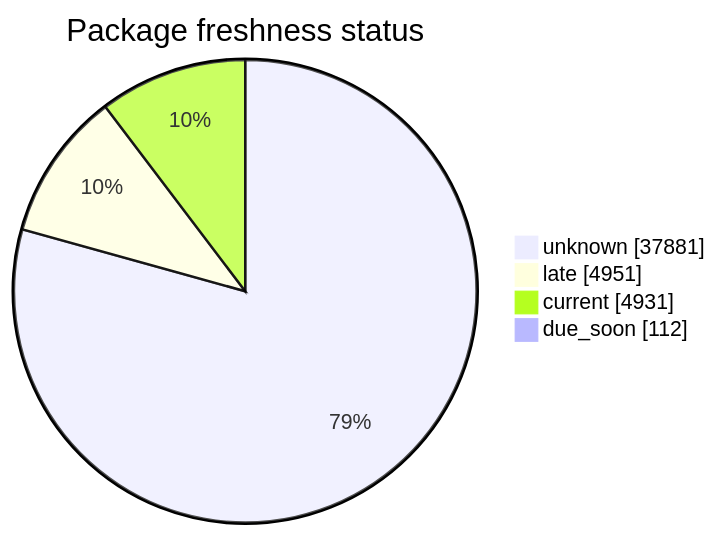
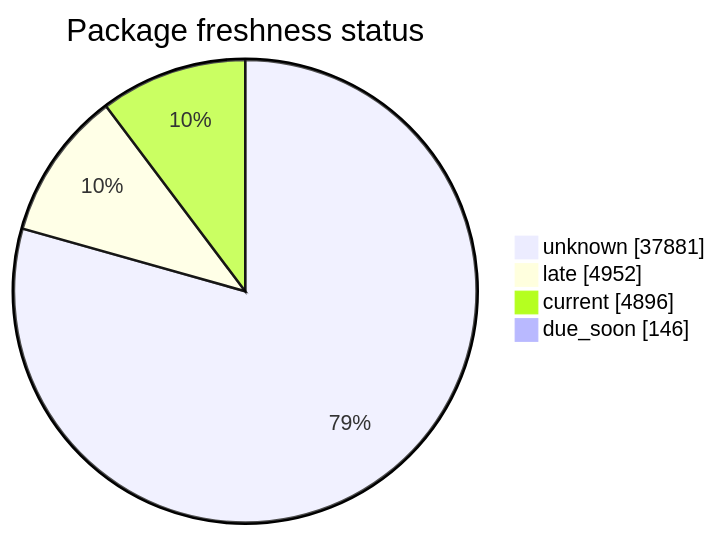
One commit to open-data/analytics-corporate-reporting changed the second of 5 diagrams in FreshCheck/README.md. Above: the diagram before and after it, drawn with Mermaid. The commit also changed other lines of this file and 3 other files, not shown here.

````diff
--- a/FreshCheck/README.md
+++ b/FreshCheck/README.md
@@ -68,7 +68,7 @@
 ```mermaid
 pie showData title Package freshness status
     "unknown": 37881
-    "late": 4951
-    "current": 4931
-    "due_soon": 112
+    "late": 4952
+    "current": 4896
+    "due_soon": 146
 ```
````
